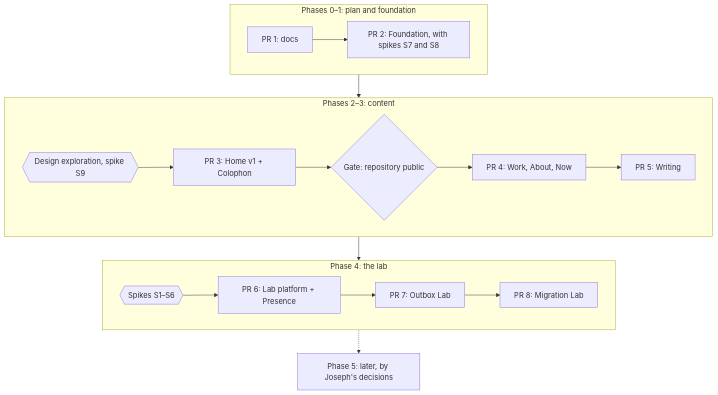
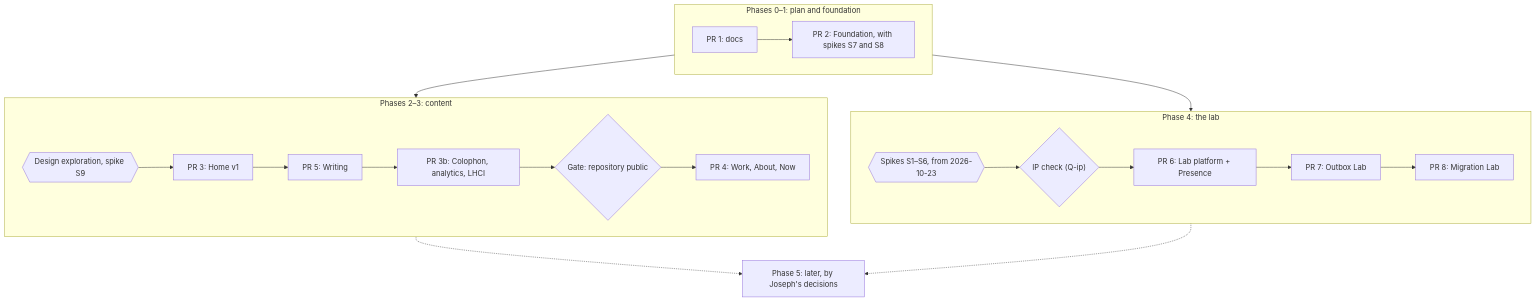
The diagram in docs/roadmap.md (IHaveASegway/website), drawn with Mermaid before and after one commit. The commit also changed other lines of this file and 14 other files, not shown here.

````diff
--- a/docs/roadmap.md
+++ b/docs/roadmap.md
@@ -70,17 +73,20 @@
 ```mermaid
 flowchart TB
   subgraph foundation["Phases 0–1: plan and foundation"]
     direction LR
     P1["PR 1: docs"] --> P2["PR 2: Foundation, with spikes S7 and S8"]
   end
   subgraph content["Phases 2–3: content"]
     direction LR
-    DX{{"Design exploration, spike S9"}} --> P3["PR 3: Home v1 + Colophon"] --> G1{"Gate: repository public"} --> P4["PR 4: Work, About, Now"] --> P5["PR 5: Writing"]
+    DX{{"Design exploration, spike S9"}} --> P3["PR 3: Home v1"] --> P5["PR 5: Writing"] --> P3b["PR 3b: Colophon, analytics, LHCI"] --> G1{"Gate: repository public"} --> P4["PR 4: Work, About, Now"]
   end
   subgraph lab["Phase 4: the lab"]
     direction LR
-    S16{{"Spikes S1–S6"}} --> P6["PR 6: Lab platform + Presence"] --> P7["PR 7: Outbox Lab"] --> P8["PR 8: Migration Lab"]
+    S16{{"Spikes S1–S6, from 2026-10-23"}} --> IP{"IP check (Q-ip)"} --> P6["PR 6: Lab platform + Presence"] --> P7["PR 7: Outbox Lab"] --> P8["PR 8: Migration Lab"]
   end
   L["Phase 5: later, by Joseph's decisions"]
-  foundation --> content --> lab -.-> L
+  foundation --> content
+  foundation --> lab
+  content -.-> L
+  lab -.-> L
 ```
````
